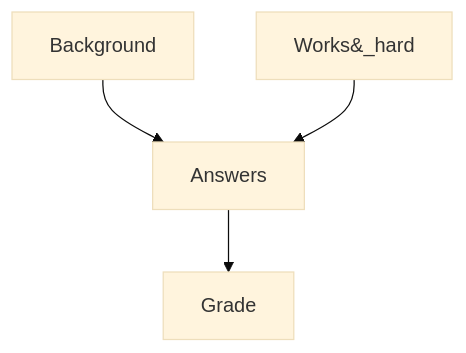
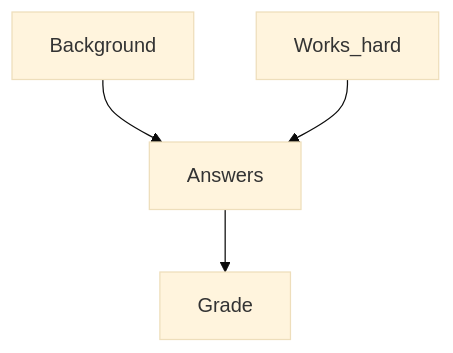
One commit to bweston6/uol-cs-notes changed the third of 4 diagrams in docs/COMP111/Lectures/_posts/2020-12-02-1.md. Above: the diagram before and after it, drawn with Mermaid (base theme). The commit also changed other lines of this file and 38 other files, not shown here.

````diff
--- a/docs/COMP111/Lectures/_posts/2020-12-02-1.md
+++ b/docs/COMP111/Lectures/_posts/2020-12-02-1.md
@@ -94,6 +94,6 @@
 ```mermaid
 graph TD
 Background --> Answers
-w[Works&#95;hard] --> Answers
+w[Works_hard] --> Answers
 Answers --> Grade
 ```
````
